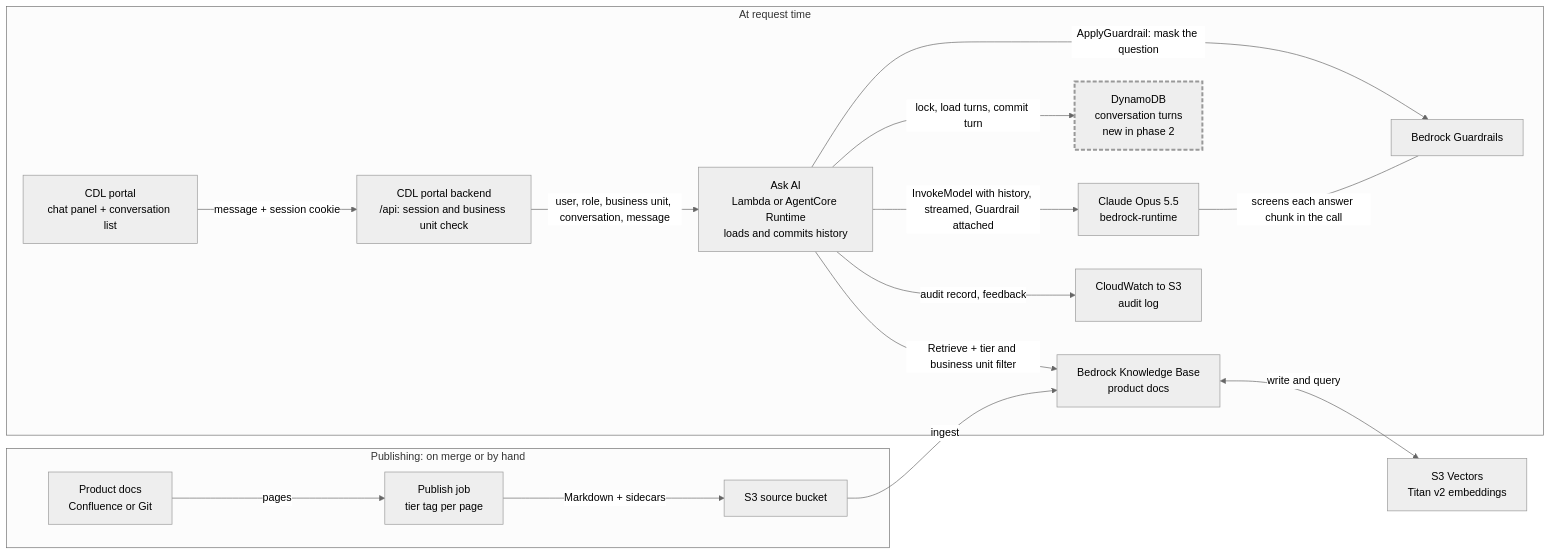
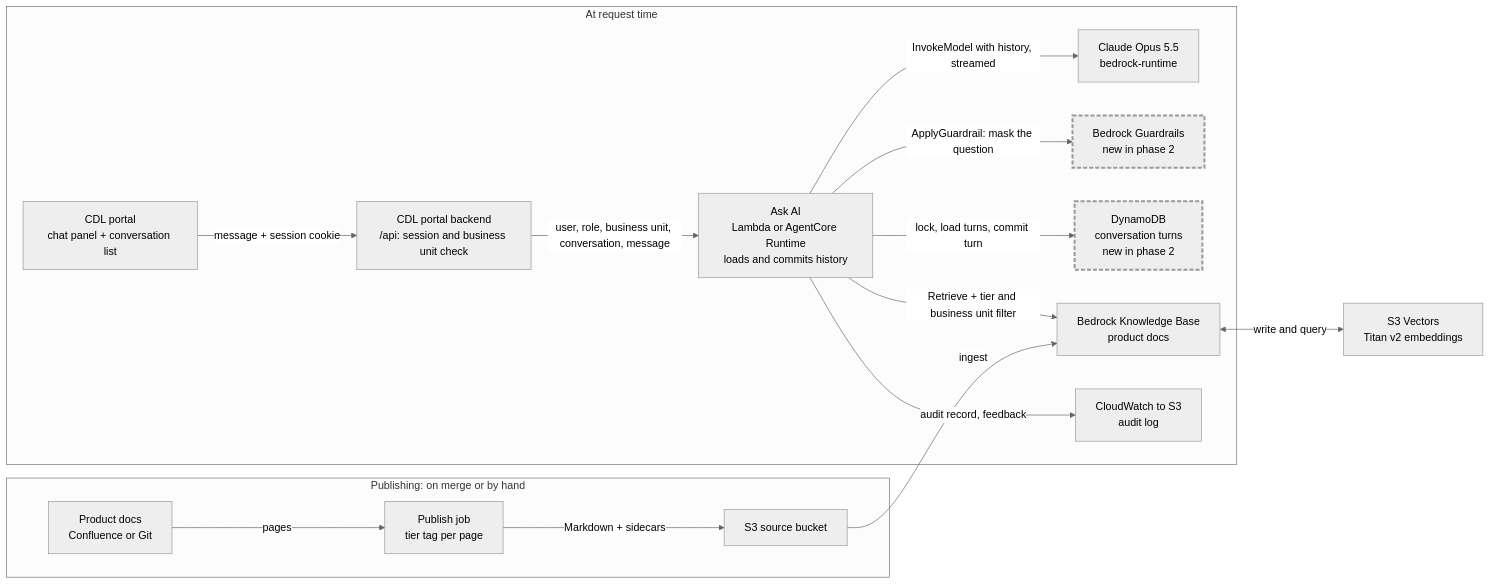
One commit to rutvik-madtech/newscorp-ask-ai changed the fourth of 5 diagrams in docs/ASK_AI_PLAN.md. Above: the diagram before and after it, drawn with Mermaid (neutral theme). The commit also changed other lines of this file and 1 other file, not shown here.

First line of the commit message:
Ask AI plan: no Bedrock Guardrails in phase 1, Claude declines off-topic questions

````diff
--- a/docs/ASK_AI_PLAN.md
+++ b/docs/ASK_AI_PLAN.md
@@ -382,21 +380,20 @@
 ```mermaid
 flowchart LR
   subgraph REQ["At request time"]
     UI["CDL portal<br/>chat panel + conversation list"] -->|message + session cookie| PB["CDL portal backend<br/>/api: session and business unit check"]
     PB -->|user, role, business unit, conversation, message| ASK["Ask AI<br/>Lambda or AgentCore Runtime<br/>loads and commits history"]
-    ASK -->|InvokeModel with history, streamed, Guardrail attached| CLAUDE["Claude Opus 5.5<br/>bedrock-runtime"]
-    ASK -->|ApplyGuardrail: mask the question| GR["Bedrock Guardrails"]
-    CLAUDE ---|screens each answer chunk in the call| GR
+    ASK -->|InvokeModel with history, streamed| CLAUDE["Claude Opus 5.5<br/>bedrock-runtime"]
+    ASK -->|ApplyGuardrail: mask the question| GR["Bedrock Guardrails<br/>new in phase 2"]
     ASK -->|lock, load turns, commit turn| DDB["DynamoDB<br/>conversation turns<br/>new in phase 2"]
     ASK -->|Retrieve + tier and business unit filter| KB["Bedrock Knowledge Base<br/>product docs"]
     ASK -->|audit record, feedback| LOG["CloudWatch to S3<br/>audit log"]
   end
   KB <-->|write and query| VEC["S3 Vectors<br/>Titan v2 embeddings"]
   subgraph PUB["Publishing: on merge or by hand"]
     DOCS["Product docs<br/>Confluence or Git"] -->|pages| JOB["Publish job<br/>tier tag per page"]
     JOB -->|Markdown + sidecars| SRC["S3 source bucket"]
   end
   SRC -->|ingest| KB
   classDef added stroke-width:3px,stroke-dasharray:6 3
-  class DDB added
+  class DDB,GR added
 ```
````
